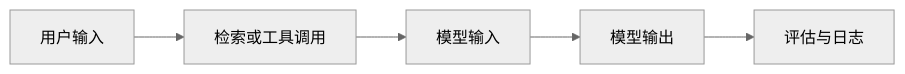
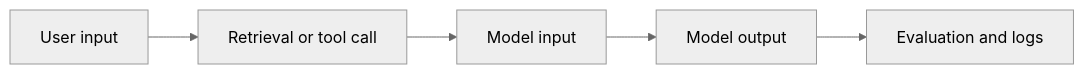
One commit to oudbiao/AI-fullstack-course changed the second of 2 diagrams in docs/intro/ai-engineering-checklist.md. Above: the diagram before and after it, drawn with Mermaid (neutral theme). The commit also changed other lines of this file and 1406 other files, not shown here.

````diff
--- a/docs/intro/ai-engineering-checklist.md
+++ b/docs/intro/ai-engineering-checklist.md
@@ -56,7 +56,7 @@
 ```mermaid
 flowchart LR
-  A[用户输入] --> B[检索或工具调用]
-  B --> C[模型输入]
-  C --> D[模型输出]
-  D --> E[评估与日志]
+  A[User input] --> B[Retrieval or tool call]
+  B --> C[Model input]
+  C --> D[Model output]
+  D --> E[Evaluation and logs]
 ```
````
